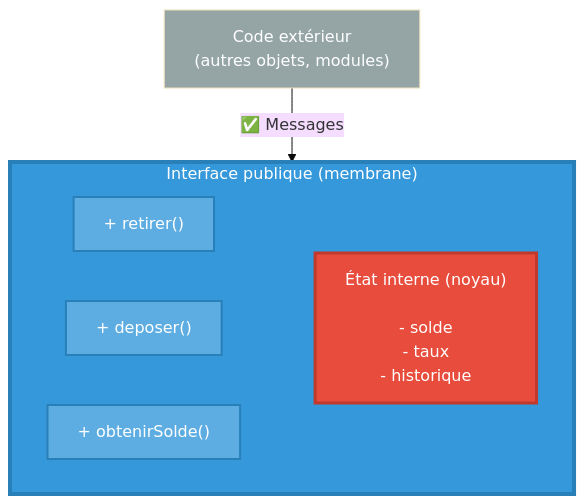
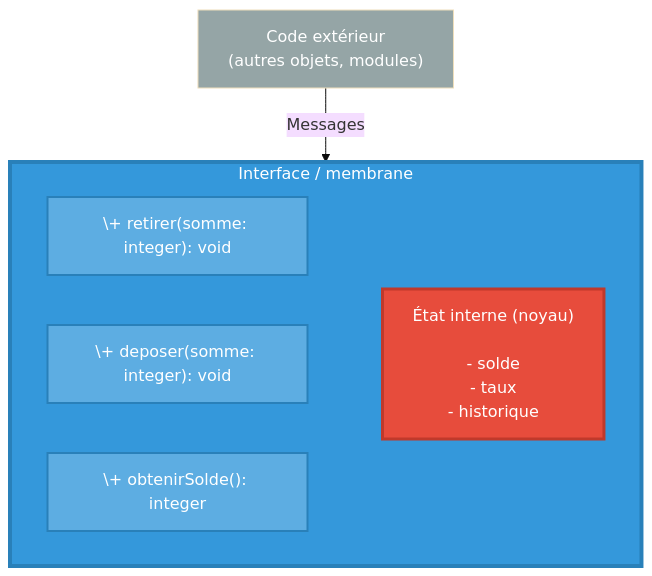
The first of 3 diagrams in Cours/BasesPOO/pourquoi-des-objets.md (AlexDmr/l3m-2026-2027-apo), drawn with Mermaid (base theme) before and after one commit. The commit also changed other lines of this file, not shown here.

````diff
--- a/Cours/BasesPOO/pourquoi-des-objets.md
+++ b/Cours/BasesPOO/pourquoi-des-objets.md
@@ -83,25 +71,25 @@
 ```mermaid
 graph TB
     EXT["Code extérieur<br/>(autres objets, modules)"]
     
-    subgraph MEMBRANE["Interface publique (membrane)"]
-        M1["+ retirer()"]
-        M2["+ deposer()"]
-        M3["+ obtenirSolde()"]
+    subgraph MEMBRANE["Interface / membrane"]
+        M1["\+ retirer(somme: integer): void"]
+        M2["\+ deposer(somme: integer): void"]
+        M3["\+ obtenirSolde(): integer"]
         
         NOYAU["État interne (noyau)<br/><br/>- solde<br/>- taux<br/>- historique"]
         
         M1 ~~~ NOYAU
         M2 ~~~ NOYAU
         M3 ~~~ NOYAU
     end
     
-    EXT -->|"✅ Messages"| MEMBRANE
+    EXT -->|"Messages"| MEMBRANE
     
     style MEMBRANE fill:#3498db,stroke:#2980b9,stroke-width:4px,color:#fff
     style NOYAU fill:#e74c3c,stroke:#c0392b,stroke-width:3px,color:#fff
     style M1 fill:#5dade2,stroke:#2980b9,stroke-width:2px,color:#fff
     style M2 fill:#5dade2,stroke:#2980b9,stroke-width:2px,color:#fff
     style M3 fill:#5dade2,stroke:#2980b9,stroke-width:2px,color:#fff
     style EXT fill:#95a5a6,color:#fff
 ```
````
